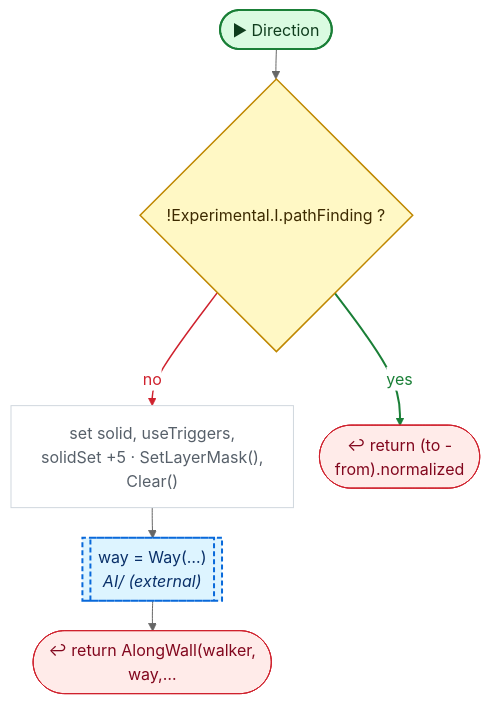
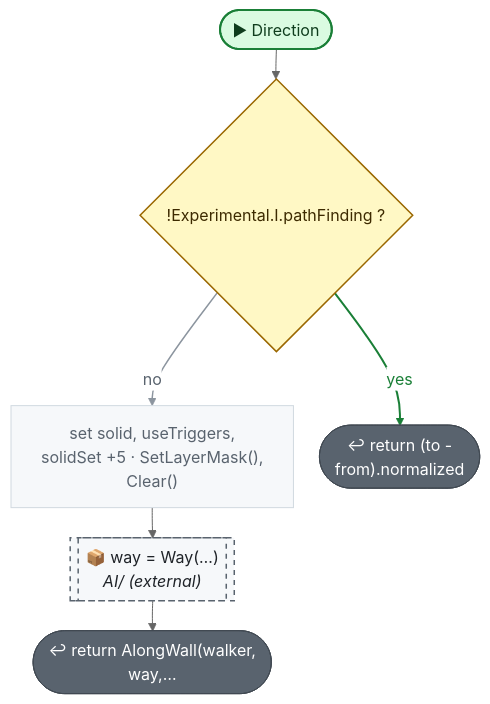
Before and after one commit to nataiai/Lord-of-the-Dungeon: the third of 14 diagrams in CodeGraph~/graph/AI/PathFinding.cs.md, drawn with Mermaid (neutral theme). The commit also changed other lines of this file and 57 other files, not shown here.

````diff
--- a/CodeGraph~/graph/AI/PathFinding.cs.md
+++ b/CodeGraph~/graph/AI/PathFinding.cs.md
@@ -125,42 +127,42 @@
 ```mermaid
 ---
 config:
   flowchart:
     wrappingWidth: 260
     nodeSpacing: 26
     rankSpacing: 30
 ---
 flowchart TD
   nS(["▶ Direction"])
   nd5fff8{"!Experimental.I.pathFinding ?"}
   n261509["set solid, useTriggers,<br>solidSet +5 · SetLayerMask(),<br>Clear()"]
-  nd9c966[["way = Way(…)<br><i>AI/ (external)</i>"]]
+  nd9c966[["📦 way = Way(…)<br><i>AI/ (external)</i>"]]
   na2433f(["↩ return (to -<br>from).normalized"])
   nf970a4(["↩ return AlongWall(walker,<br>way,…"])
   nS --> nd5fff8
   nd5fff8 -->|no| n261509
   nd5fff8 -->|yes| na2433f
   n261509 --> nd9c966
   nd9c966 --> nf970a4
-  linkStyle 1 stroke:#cf222e,stroke-width:1.5px,color:#cf222e
+  linkStyle 1 stroke:#8c959f,stroke-width:1.5px,color:#59636e
   linkStyle 2 stroke:#1a7f37,stroke-width:2px,color:#1a7f37
   classDef unity fill:#dafbe1,stroke:#1a7f37,stroke-width:2px,color:#0f3d1d
   classDef start fill:#dafbe1,stroke:#1a7f37,stroke-width:2px,color:#0f3d1d
-  classDef calc fill:#ffffff,stroke:#d0d7de,color:#57606a
+  classDef calc fill:#f6f8fa,stroke:#d1d9e0,color:#59636e
   classDef calls fill:#ddf4ff,stroke:#0969da,stroke-width:2px,color:#0a3069
-  classDef ext fill:#ddf4ff,stroke:#0969da,stroke-width:2px,stroke-dasharray:5 3,color:#0a3069
-  classDef cond fill:#fff8c5,stroke:#bf8700,stroke-width:1.5px,color:#3d2a00
-  classDef loop fill:#f6f8fa,stroke:#57606a,color:#1f2328
-  classDef exit fill:#ffebe9,stroke:#cf222e,color:#82071e
+  classDef ext fill:#f6f8fa,stroke:#59636e,stroke-width:1.5px,stroke-dasharray:5 5,color:#1f2328
+  classDef cond fill:#fff8c5,stroke:#9a6700,stroke-width:1.5px,color:#3d2a00
+  classDef loop fill:#fff8c5,stroke:#9a6700,color:#3d2a00
+  classDef wait fill:#fff8c5,stroke:#9a6700,color:#3d2a00
+  classDef exit fill:#59636e,stroke:#424a53,color:#ffffff
+  classDef fin fill:#59636e,stroke:#424a53,color:#ffffff
+  classDef act fill:#ffffff,stroke:#59636e,stroke-width:1.5px,color:#1f2328
   classDef kill fill:#ffebe9,stroke:#cf222e,stroke-width:2px,color:#82071e
-  classDef spawn fill:#dafbe1,stroke:#1a7f37,stroke-width:2px,color:#0f3d1d
-  classDef wait fill:#fff1e5,stroke:#bc4c00,color:#4d1d00
-  classDef fin fill:#eaeef2,stroke:#8c959f,color:#57606a
   classDef join fill:#d0d7de,stroke:#8c959f,color:#57606a
   classDef ghdr fill:#f5f9ff,stroke:#f5f9ff,color:#0a3069,font-weight:bold
   class n261509 calc
   class nd5fff8 cond
   class na2433f,nf970a4 exit
   class nd9c966 ext
   class nS start
 ```
````
